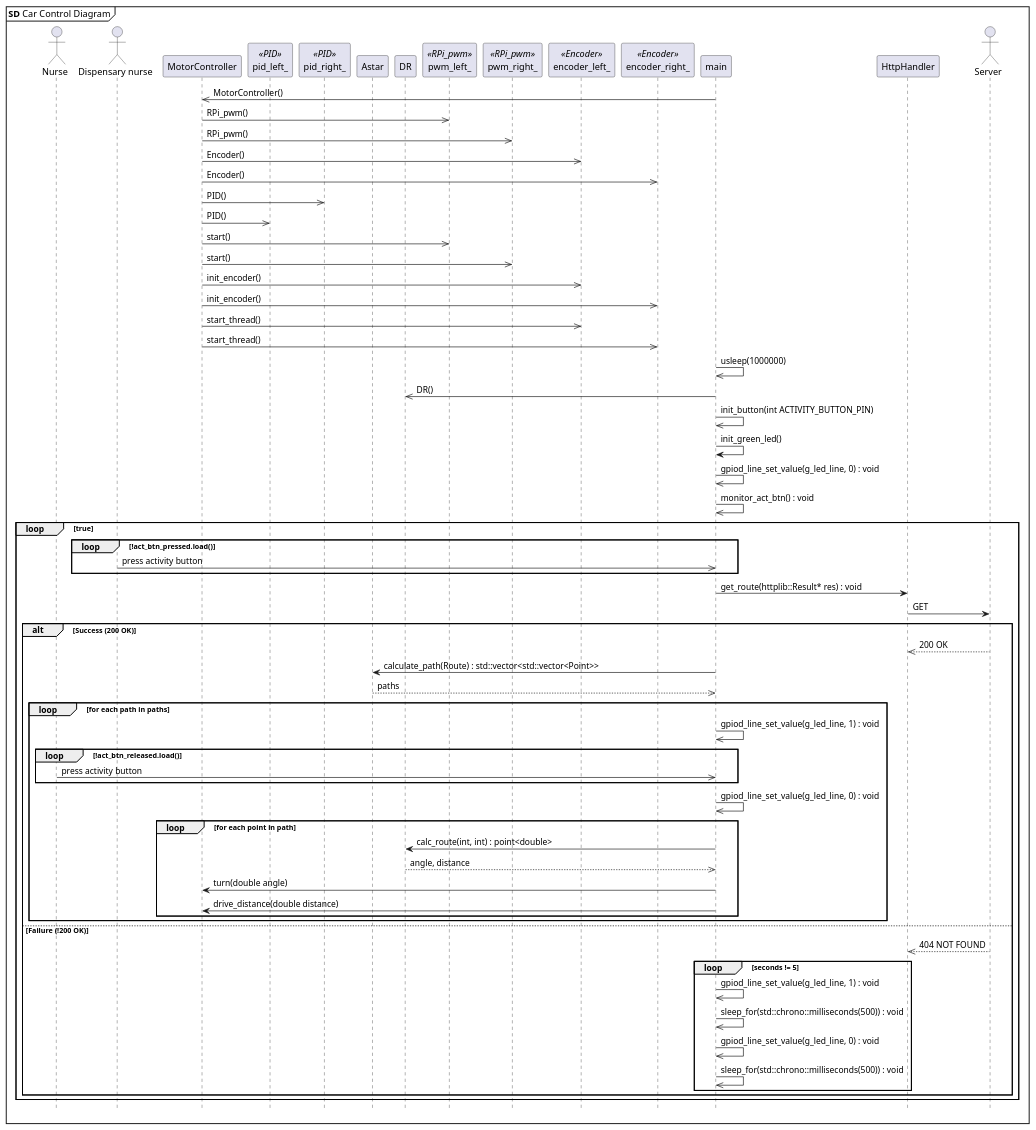
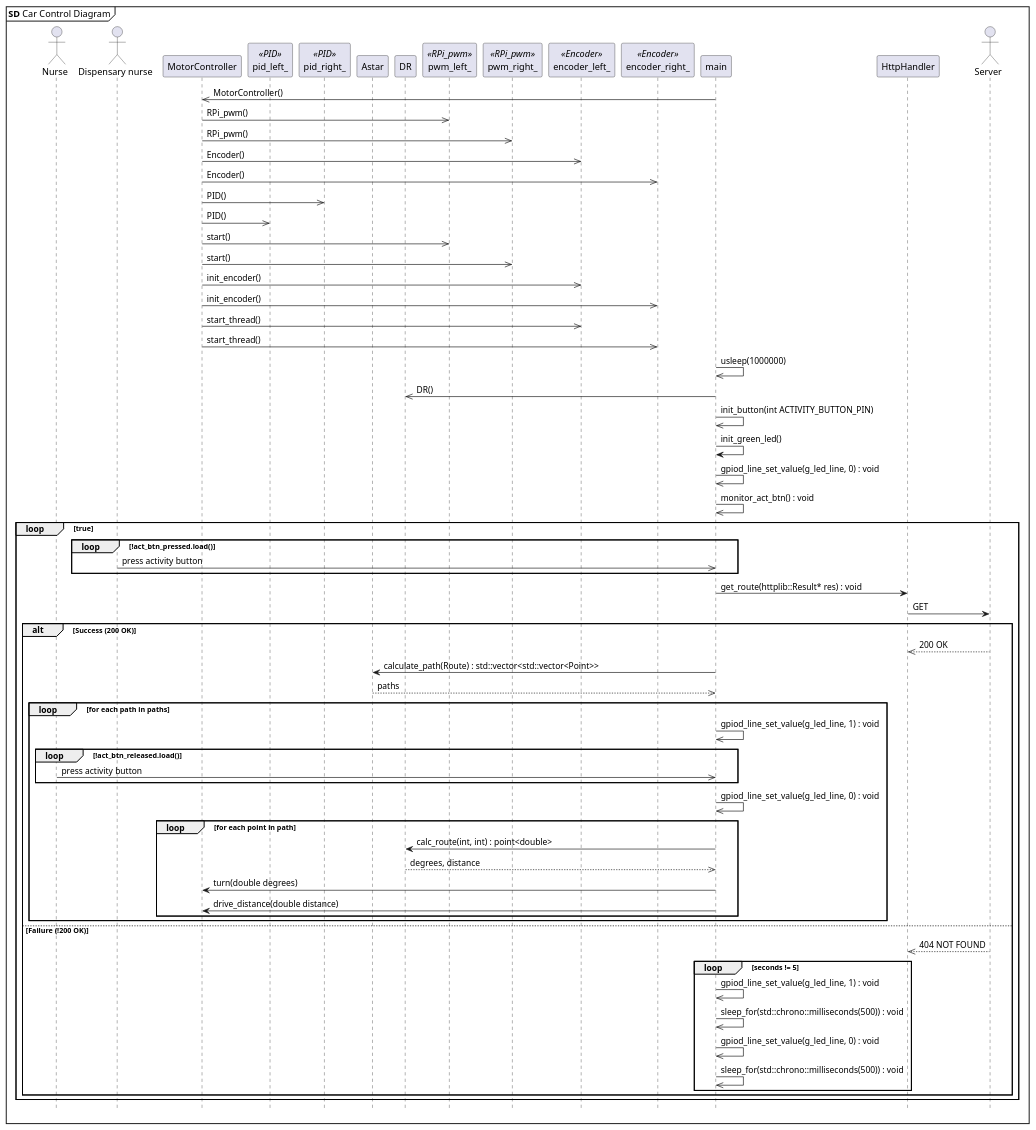
The diagram in docs/diagrams/Plantuml/apModel/car_sd.puml (lineklemensen/PRJ3), drawn with PlantUML before and after one commit.

Commit message:
ApModel for car small naming change

```diff
--- a/docs/diagrams/Plantuml/apModel/car_sd.puml
+++ b/docs/diagrams/Plantuml/apModel/car_sd.puml
@@ -1,82 +1,82 @@
 @startuml
 
 mainframe **SD** Car Control Diagram
 hide footbox
 
 actor "Nurse" as n
 actor "Dispensary nurse" as dn
 participant "MotorController" as mc
 participant "pid_left_" as pl <<PID>>
 participant "pid_right_" as pr <<PID>>
 participant "Astar" as a
 participant "DR" as dr
 participant "pwm_left_" as rpl <<RPi_pwm>>
 participant "pwm_right_" as rpr <<RPi_pwm>>
 participant "encoder_left_" as encl <<Encoder>>
 participant "encoder_right_" as encr <<Encoder>>
 participant "main" as m
 participant "HttpHandler" as http
 actor "Server" as s
 
 
 
 ' constructors
 m  ->> mc : MotorController()
 mc ->> rpl : RPi_pwm()
 mc ->> rpr : RPi_pwm()
 mc ->> encl : Encoder()
 mc ->> encr : Encoder()
 mc ->> pr : PID()
 mc ->> pl : PID()
 
 ' initialisation
 mc ->> rpl : start()
 mc ->> rpr : start()
 mc ->> encl : init_encoder()
 mc ->> encr : init_encoder()
 mc ->> encl : start_thread()
 mc ->> encr : start_thread()
 
 m ->> m : usleep(1000000)
 m ->> dr : DR()
 m ->> m : init_button(int ACTIVITY_BUTTON_PIN)
 m -> m : init_green_led()
 m ->> m : gpiod_line_set_value(g_led_line, 0) : void
 m ->> m : monitor_act_btn() : void
 
 loop true
     loop !act_btn_pressed.load()
         dn ->> m : press activity button
     end
     m -> http : get_route(httplib::Result* res) : void
     http -> s : GET
     alt Success (200 OK)
     http <<-- s : 200 OK
 
         m -> a : calculate_path(Route) : std::vector<std::vector<Point>>
         a -->> m : paths
         loop for each path in paths
             m ->> m : gpiod_line_set_value(g_led_line, 1) : void
             loop !act_btn_released.load()
                 n ->> m : press activity button
             end
             m ->> m : gpiod_line_set_value(g_led_line, 0) : void
             loop for each point in path
                 m -> dr : calc_route(int, int) : point<double>
-                dr -->> m : angle, distance
-                m -> mc : turn(double angle)
+                dr -->> m : degrees, distance
+                m -> mc : turn(double degrees)
                 m -> mc : drive_distance(double distance)
             end
         end
     else Failure (!200 OK)
     http <<-- s : 404 NOT FOUND
         loop seconds != 5
             m ->> m : gpiod_line_set_value(g_led_line, 1) : void
             m ->> m : sleep_for(std::chrono::milliseconds(500)) : void
             m ->> m : gpiod_line_set_value(g_led_line, 0) : void
             m ->> m : sleep_for(std::chrono::milliseconds(500)) : void
         end
     end
 end    
 
 @enduml
```
